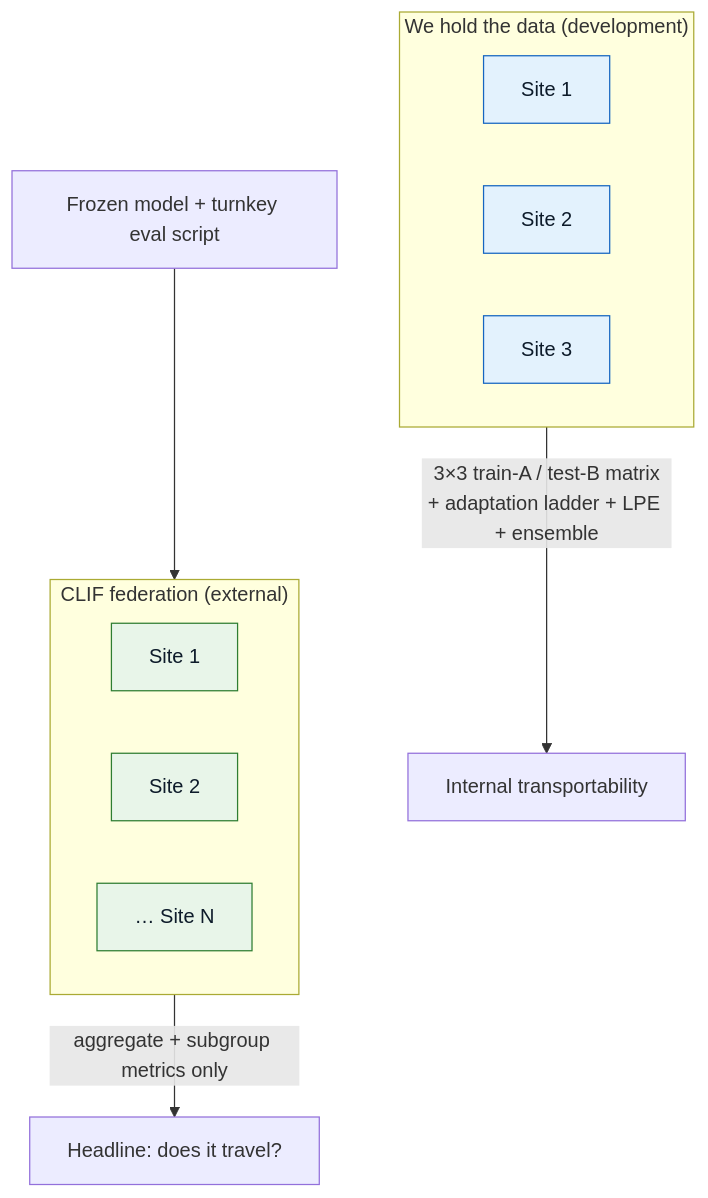
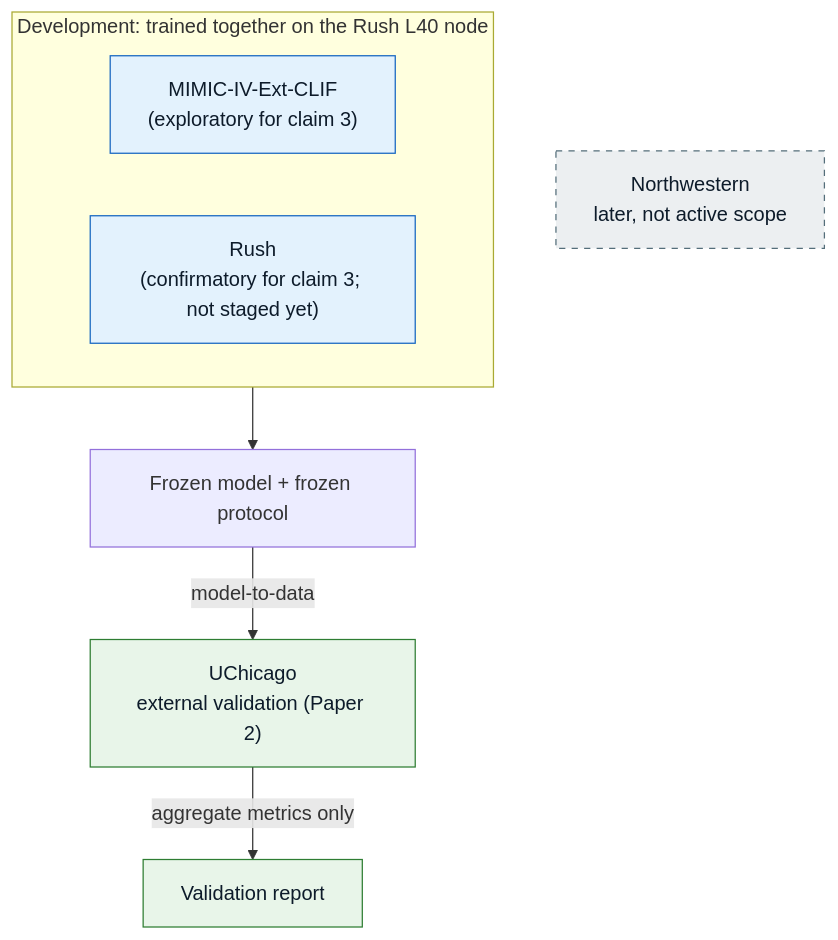
One commit to sajor2000/clifatron2.0 changed the third of 3 diagrams in website/docs/overview.md. Above: the diagram before and after it, drawn with Mermaid. The commit also changed other lines of this file and 15 other files, not shown here.

First line of the commit message:
docs: describe the three-claim model, objective and extubation study as built (U19)

````diff
--- a/website/docs/overview.md
+++ b/website/docs/overview.md
@@ -140,22 +139,18 @@
 ```mermaid
 flowchart TB
-    subgraph HOLD["We hold the data (development)"]
-        M["Site 1"]
-        R["Site 2"]
-        U["Site 3"]
+    subgraph DEV["Development: trained together on the Rush L40 node"]
+        M["MIMIC-IV-Ext-CLIF<br/>(exploratory for claim 3)"]
+        R["Rush<br/>(confirmatory for claim 3; not staged yet)"]
     end
-    HOLD -->|"3×3 train-A / test-B matrix<br/>+ adaptation ladder + LPE + ensemble"| INT["Internal transportability"]
-
-    subgraph FED["CLIF federation (external)"]
-        S1["Site 1"]
-        S2["Site 2"]
-        SN["… Site N"]
-    end
-    FROZEN["Frozen model + turnkey eval script"] --> FED
-    FED -->|"aggregate + subgroup metrics only"| HEAD["Headline: does it travel?"]
+    DEV --> FROZEN["Frozen model + frozen protocol"]
+    FROZEN -->|"model-to-data"| UC["UChicago<br/>external validation (Paper 2)"]
+    UC -->|"aggregate metrics only"| OUT["Validation report"]
+    NW["Northwestern<br/>later, not active scope"]
 
     classDef hold fill:#e3f2fd,stroke:#1565c0,color:#0d1b2a;
     classDef fed fill:#e8f5e9,stroke:#2e7d32,color:#0d1b2a;
-    class M,R,U hold;
-    class S1,S2,SN fed;
+    classDef later fill:#eceff1,stroke:#546e7a,color:#0d1b2a,stroke-dasharray: 5 5;
+    class M,R hold;
+    class UC,OUT fed;
+    class NW later;
 ```
````
